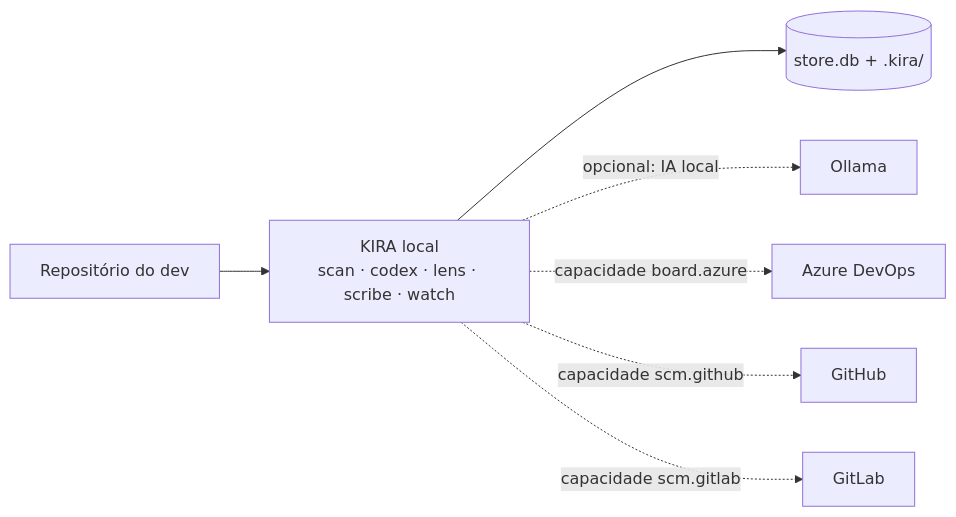
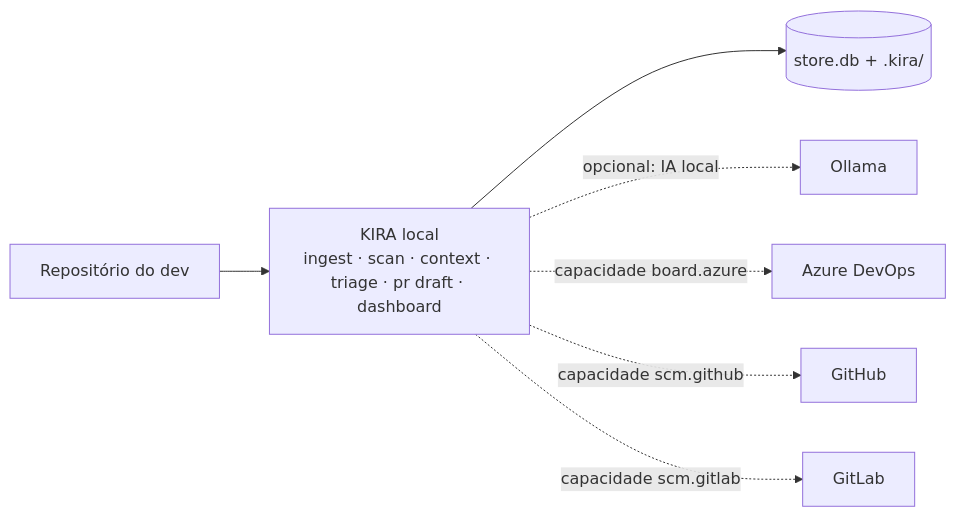
Before and after one commit to sergingroisman/kira: the first of 3 diagrams in docs/kira-jornadas.md, drawn with Mermaid. The commit also changed other lines of this file and 2 other files, not shown here.

````diff
--- a/docs/kira-jornadas.md
+++ b/docs/kira-jornadas.md
@@ -12,9 +15,9 @@
 ```mermaid
 flowchart LR
-  FS[Repositório do dev] --> CORE[KIRA local<br/>scan · codex · lens · scribe · watch]
+  FS[Repositório do dev] --> CORE[KIRA local<br/>ingest · scan · context · triage · pr draft · dashboard]
   CORE --> STORE[(store.db + .kira/)]
   CORE -.->|opcional: IA local| OLL[Ollama]
   CORE -.->|capacidade board.azure| ADO[Azure DevOps]
   CORE -.->|capacidade scm.github| GH[GitHub]
   CORE -.->|capacidade scm.gitlab| GL[GitLab]
 ```
````
